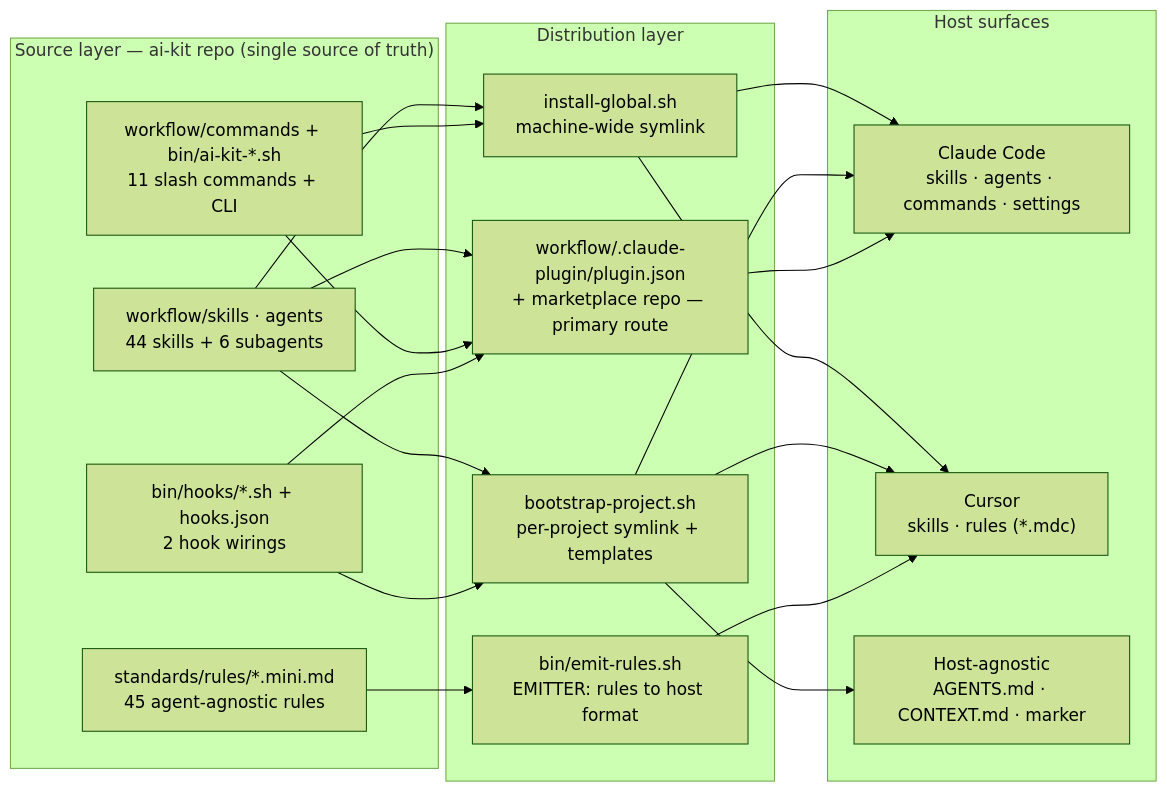
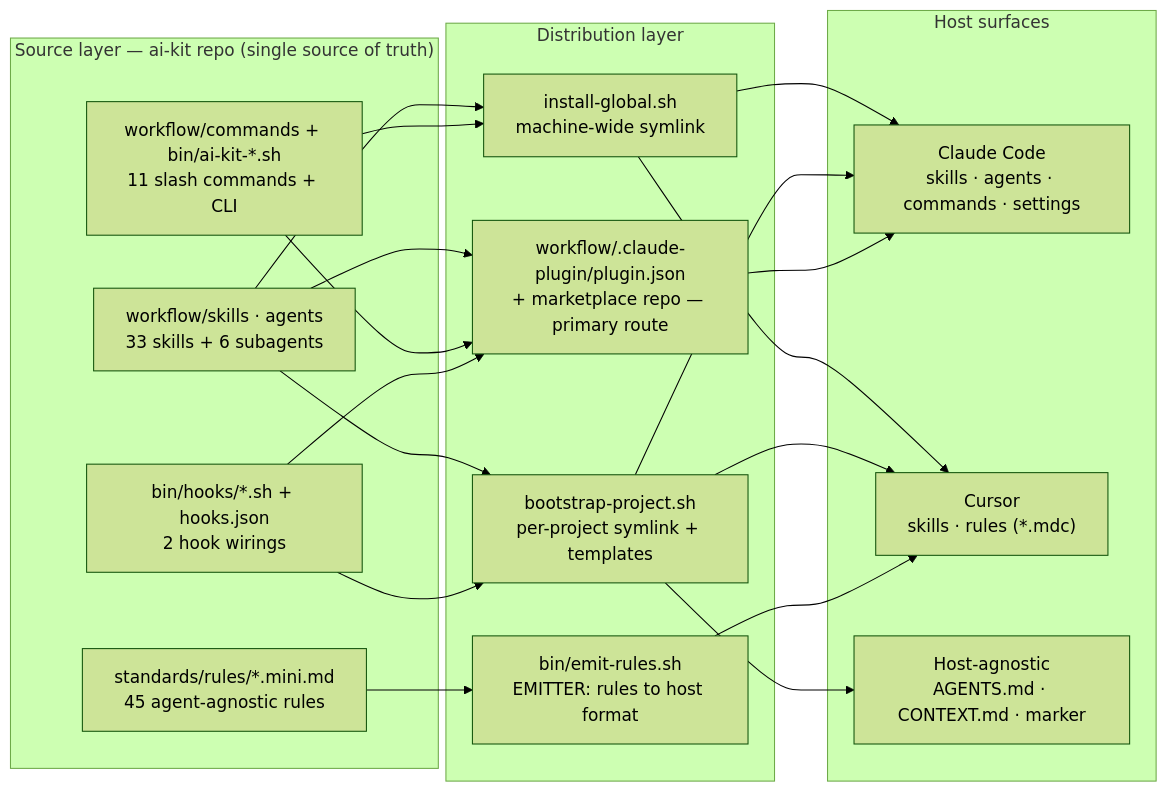
The first of 2 diagrams in docs/diagrams.md (yusufkaracaburun/ai-kit), drawn with Mermaid (forest theme) before and after one commit. The commit also changed 105 other files, not shown here.

````diff
--- a/docs/diagrams.md
+++ b/docs/diagrams.md
@@ -10,32 +10,32 @@
 ```mermaid
 flowchart LR
   subgraph SRC["Source layer — ai-kit repo (single source of truth)"]
-    SA["workflow/skills · agents<br/>44 skills + 6 subagents"]
+    SA["workflow/skills · agents<br/>33 skills + 6 subagents"]
     CB["workflow/commands + bin/ai-kit-*.sh<br/>11 slash commands + CLI"]
     H["bin/hooks/*.sh + hooks.json<br/>2 hook wirings"]
     R["standards/rules/*.mini.md<br/>45 agent-agnostic rules"]
   end
 
   subgraph DIST["Distribution layer"]
     IG["install-global.sh<br/>machine-wide symlink"]
     PL["workflow/.claude-plugin/plugin.json<br/>+ marketplace repo — primary route"]
     BP["bootstrap-project.sh<br/>per-project symlink + templates"]
     ER["bin/emit-rules.sh<br/>EMITTER: rules to host format"]
   end
 
   subgraph HOSTS["Host surfaces"]
     CC["Claude Code<br/>skills · agents · commands · settings"]
     CU["Cursor<br/>skills · rules (*.mdc)"]
     HA["Host-agnostic<br/>AGENTS.md · CONTEXT.md · marker"]
   end
 
   SA --> IG & BP & PL
   CB --> IG & PL
   H --> PL & BP
   R --> ER
 
   IG --> CC & CU
   BP --> CC & CU & HA
   PL --> CC
   ER --> CU
 ```
````
